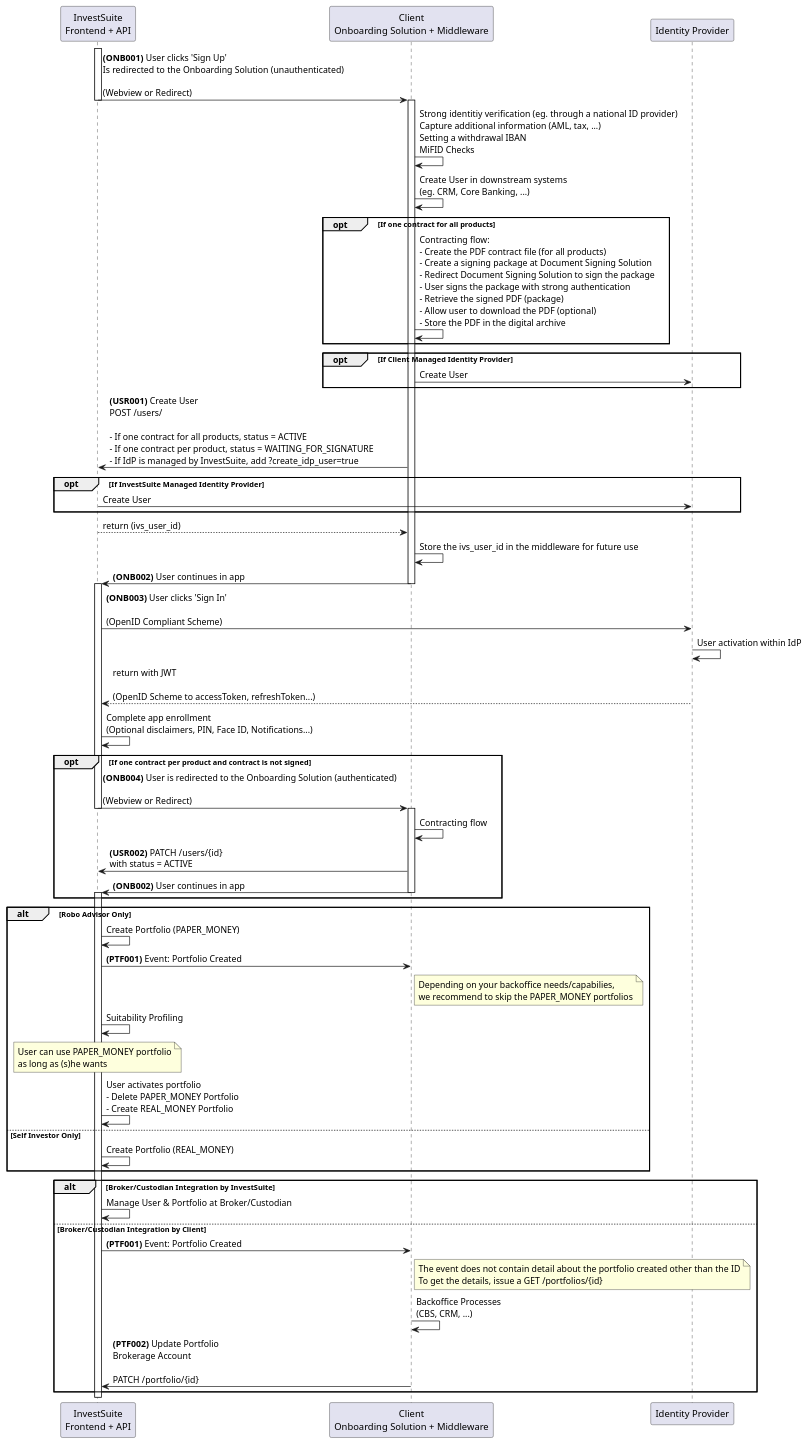
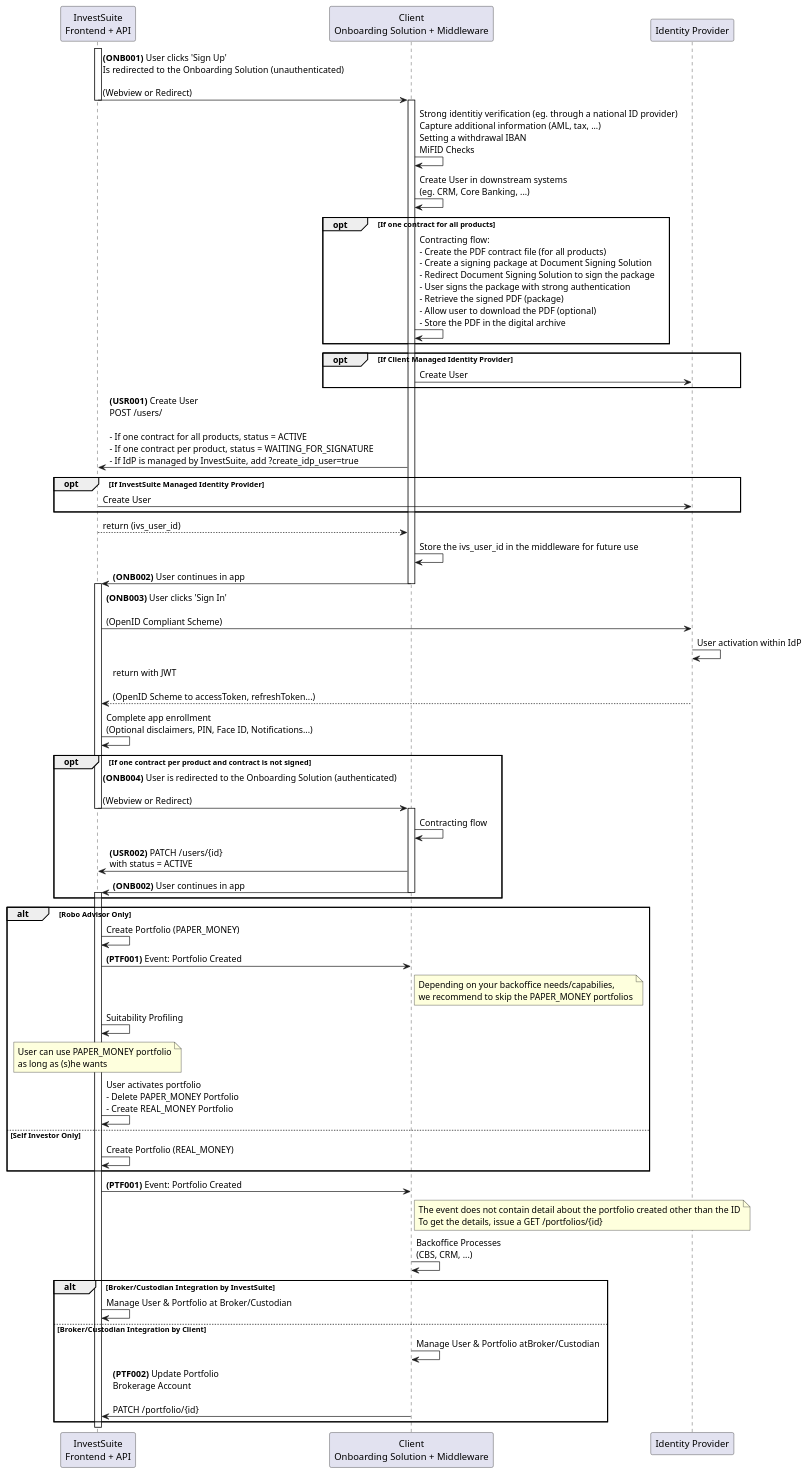
The diagram in scenarios/onboarding.puml (arcilli/investsuite-api-docs), drawn with PlantUML before and after one commit. The commit also changed 3 other files, not shown here.

```diff
--- a/scenarios/onboarding.puml
+++ b/scenarios/onboarding.puml
@@ -1,80 +1,81 @@
 participant "InvestSuite\nFrontend + API" as _ivs
 participant "Client\nOnboarding Solution + Middleware" as _clt
 participant "Identity Provider" as _idp
 
 activate _ivs
 
 _ivs->_clt:**(ONB001)** User clicks 'Sign Up'\nIs redirected to the Onboarding Solution (unauthenticated)\n\n(Webview or Redirect)
 
 deactivate _ivs
 
 activate _clt
 
 _clt->_clt:Strong identitiy verification (eg. through a national ID provider)\nCapture additional information (AML, tax, ...)\nSetting a withdrawal IBAN\nMiFID Checks
 _clt->_clt:Create User in downstream systems\n(eg. CRM, Core Banking, ...)
 
 opt If one contract for all products
     _clt->_clt:Contracting flow:\n- Create the PDF contract file (for all products)\n- Create a signing package at Document Signing Solution\n- Redirect Document Signing Solution to sign the package\n- User signs the package with strong authentication\n- Retrieve the signed PDF (package)\n- Allow user to download the PDF (optional)\n- Store the PDF in the digital archive
 end
 
 opt If Client Managed Identity Provider
     _clt->_idp:Create User
 end
 
 _clt->_ivs:**(USR001)** Create User\nPOST /users/\n\n- If one contract for all products, status = ACTIVE\n- If one contract per product, status = WAITING_FOR_SIGNATURE\n- If IdP is managed by InvestSuite, add ?create_idp_user=true
 
 opt If InvestSuite Managed Identity Provider
     _ivs->_idp:Create User
 end
 
 _clt<--_ivs:return (ivs_user_id)
 _clt->_clt:Store the ivs_user_id in the middleware for future use
 _ivs<-_clt:**(ONB002)** User continues in app
 
 deactivate _clt
 activate _ivs
 
 _ivs->_idp:**(ONB003)** User clicks 'Sign In'\n\n(OpenID Compliant Scheme)
 
 _idp->_idp:User activation within IdP
 
 _ivs<--_idp:return with JWT\n\n(OpenID Scheme to accessToken, refreshToken...)
 
 _ivs->_ivs:Complete app enrollment\n(Optional disclaimers, PIN, Face ID, Notifications...)
 
 opt If one contract per product and contract is not signed
 
 
 _ivs->_clt:**(ONB004)** User is redirected to the Onboarding Solution (authenticated)\n\n(Webview or Redirect)
 deactivate _ivs
 activate _clt
 _clt->_clt:Contracting flow
 _ivs<-_clt:**(USR002)** PATCH /users/{id}\nwith status = ACTIVE
 
 _ivs<-_clt:**(ONB002)** User continues in app
 deactivate _clt
 activate _ivs
 end
 
 
-
 alt Robo Advisor Only
     _ivs->_ivs:Create Portfolio (PAPER_MONEY)
     _ivs->_clt:**(PTF001)** Event: Portfolio Created
     note right of _clt:Depending on your backoffice needs/capabilies, \nwe recommend to skip the PAPER_MONEY portfolios
     _ivs->_ivs:Suitability Profiling
     note over _ivs:User can use PAPER_MONEY portfolio\nas long as (s)he wants
     _ivs->_ivs:User activates portfolio\n- Delete PAPER_MONEY Portfolio\n- Create REAL_MONEY Portfolio
 else Self Investor Only
     _ivs->_ivs:Create Portfolio (REAL_MONEY)
 
 end
 
+_ivs->_clt:**(PTF001)** Event: Portfolio Created
+note right of _clt:The event does not contain detail about the portfolio created other than the ID\nTo get the details, issue a GET /portfolios/{id}
+_clt->_clt:Backoffice Processes\n(CBS, CRM, ...)
+
 alt Broker/Custodian Integration by InvestSuite
     _ivs -> _ivs: Manage User & Portfolio at Broker/Custodian
 else Broker/Custodian Integration by Client
-    _ivs->_clt:**(PTF001)** Event: Portfolio Created
-    note right of _clt:The event does not contain detail about the portfolio created other than the ID\nTo get the details, issue a GET /portfolios/{id}
-    _clt->_clt:Backoffice Processes\n(CBS, CRM, ...)
+    _clt->_clt: Manage User & Portfolio atBroker/Custodian
     _ivs<-_clt:**(PTF002)** Update Portfolio\nBrokerage Account\n\nPATCH /portfolio/{id}
 end
```
